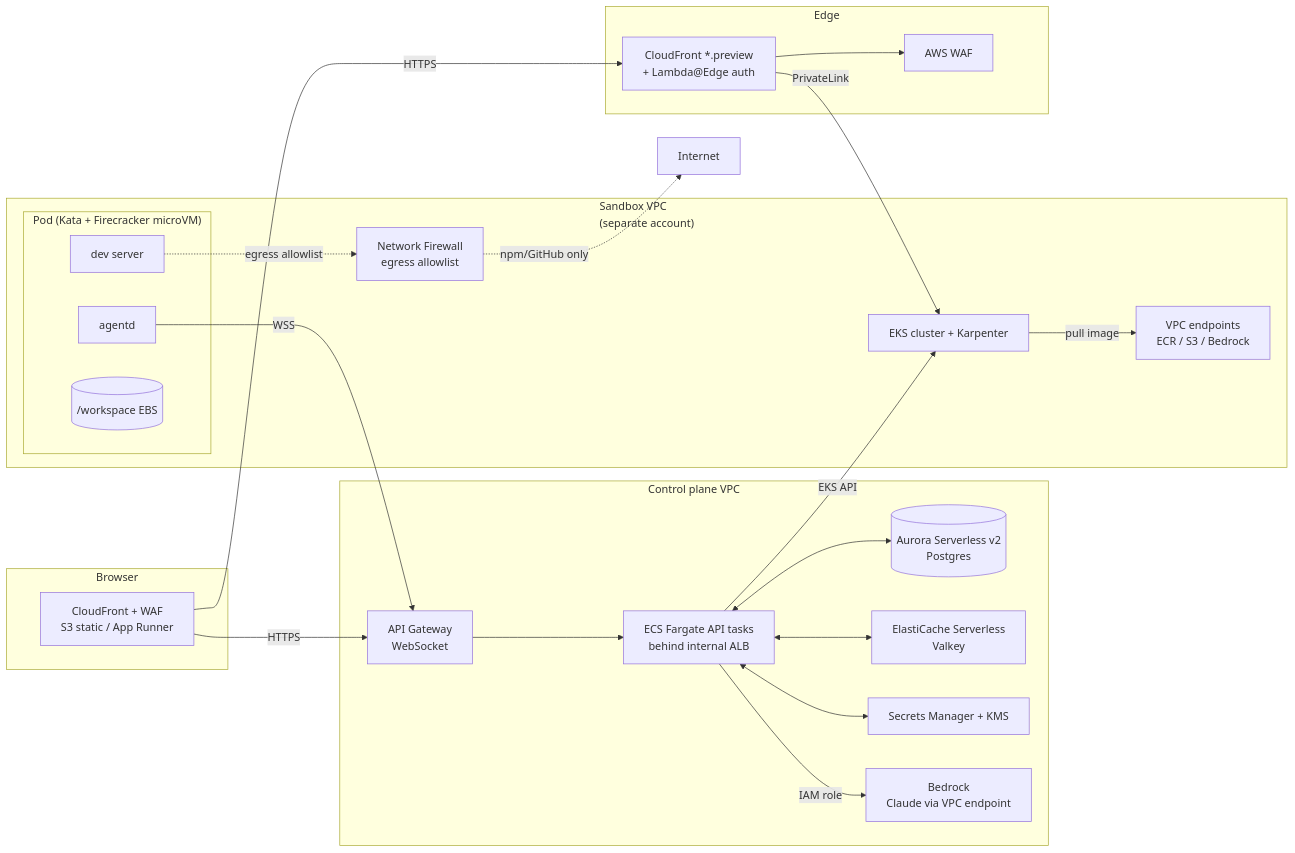
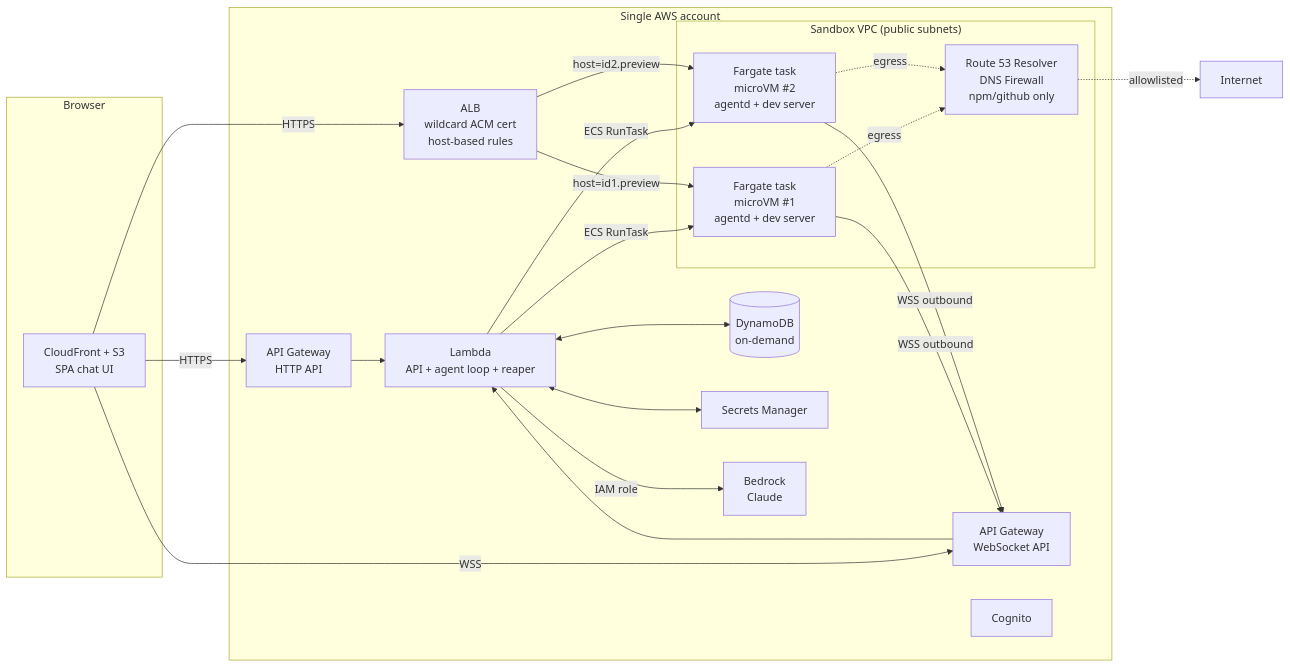
One commit to semmatabei/react-toolbox changed the diagram in docs/pm-sandbox-enterprise-aws.md. Above: the diagram before and after it, drawn with Mermaid. The commit also changed other lines of this file and 1 other file, not shown here.

````diff
--- a/docs/pm-sandbox-enterprise-aws.md
+++ b/docs/pm-sandbox-enterprise-aws.md
@@ -40,46 +59,41 @@
 ```mermaid
 flowchart LR
     subgraph Browser
-        UI[CloudFront + WAF<br/>S3 static / App Runner]
+        UI[CloudFront + S3<br/>SPA chat UI]
     end
 
-    subgraph "Control plane VPC"
-        APIGW[API Gateway<br/>WebSocket]
-        API[ECS Fargate API tasks<br/>behind internal ALB]
-        AUR[(Aurora Serverless v2<br/>Postgres)]
-        ECS[ElastiCache Serverless<br/>Valkey]
-        SM[Secrets Manager + KMS]
-        BED[Bedrock<br/>Claude via VPC endpoint]
+    subgraph "Single AWS account"
+        APIGW_HTTP[API Gateway<br/>HTTP API]
+        APIGW_WS[API Gateway<br/>WebSocket API]
+        LAM[Lambda<br/>API + agent loop + reaper]
+        DDB[(DynamoDB<br/>on-demand)]
+        SM[Secrets Manager]
+        BED[Bedrock<br/>Claude]
+        ALB[ALB<br/>wildcard ACM cert<br/>host-based rules]
+        COG[Cognito]
+
+        subgraph "Sandbox VPC (public subnets)"
+            T1[Fargate task<br/>microVM #1<br/>agentd + dev server]
+            T2[Fargate task<br/>microVM #2<br/>agentd + dev server]
+            DNSFW[Route 53 Resolver<br/>DNS Firewall<br/>npm/github only]
+        end
     end
 
-    subgraph "Sandbox VPC<br/>(separate account)"
-        EKS[EKS cluster + Karpenter]
-        subgraph "Pod (Kata + Firecracker microVM)"
-            AGENTD[agentd]
-            DEV[dev server]
-            FS[(/workspace EBS)]
-        end
-        NFW[Network Firewall<br/>egress allowlist]
-        VPCE[VPC endpoints<br/>ECR / S3 / Bedrock]
-    end
-
-    subgraph "Edge"
-        CFE[CloudFront *.preview<br/>+ Lambda@Edge auth]
-        WAF[AWS WAF]
-    end
-
-    UI -- HTTPS --> APIGW
-    UI -- HTTPS --> CFE
-    APIGW --> API
-    API <--> AUR
-    API <--> ECS
-    API <--> SM
-    API -- IAM role --> BED
-    API -- EKS API --> EKS
-    EKS -- pull image --> VPCE
-    AGENTD -- WSS --> APIGW
-    DEV -. egress allowlist .-> NFW
-    NFW -. npm/GitHub only .-> Internet
-    CFE -- PrivateLink --> EKS
-    CFE --> WAF
+    UI -- HTTPS --> APIGW_HTTP
+    UI -- HTTPS --> ALB
+    UI -- WSS --> APIGW_WS
+    APIGW_HTTP --> LAM
+    APIGW_WS --> LAM
+    LAM <--> DDB
+    LAM <--> SM
+    LAM -- IAM role --> BED
+    LAM -- ECS RunTask --> T1
+    LAM -- ECS RunTask --> T2
+    T1 -- WSS outbound --> APIGW_WS
+    T2 -- WSS outbound --> APIGW_WS
+    ALB -- host=id1.preview --> T1
+    ALB -- host=id2.preview --> T2
+    T1 -. egress .-> DNSFW
+    T2 -. egress .-> DNSFW
+    DNSFW -. allowlisted .-> Internet[Internet]
 ```
````
